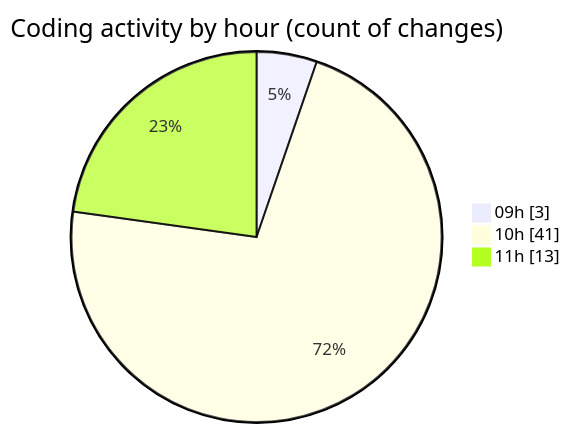
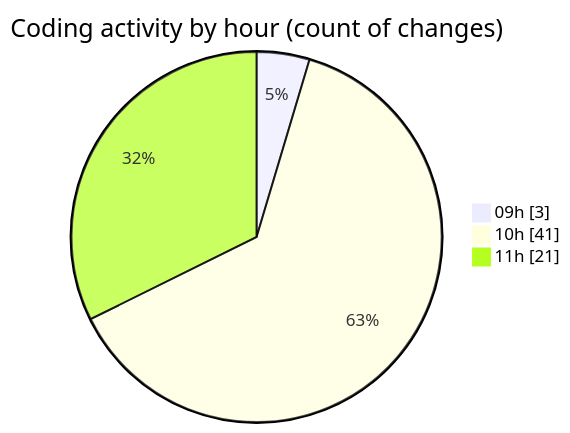
The second of 2 diagrams in 2025-05-19/ecodeli-1/README.md (CELIANVF/code-tracking), drawn with Mermaid before and after one commit. The commit also changed other lines of this file and 1 other file, not shown here.

````diff
--- a/2025-05-19/ecodeli-1/README.md
+++ b/2025-05-19/ecodeli-1/README.md
@@ -43,7 +46,7 @@
 ```mermaid
 pie showData
 title Coding activity by hour (count of changes)
 "09h" : 3
 "10h" : 41
-"11h" : 13
+"11h" : 21
 ```
````
